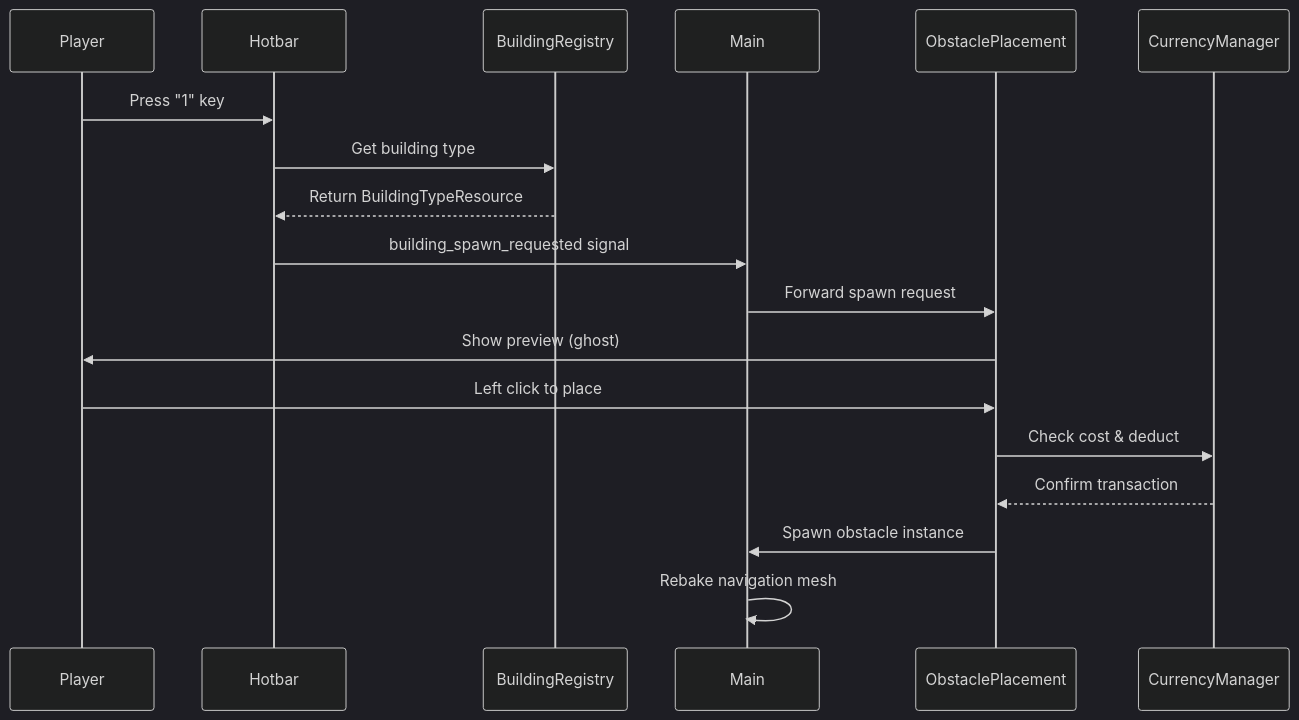
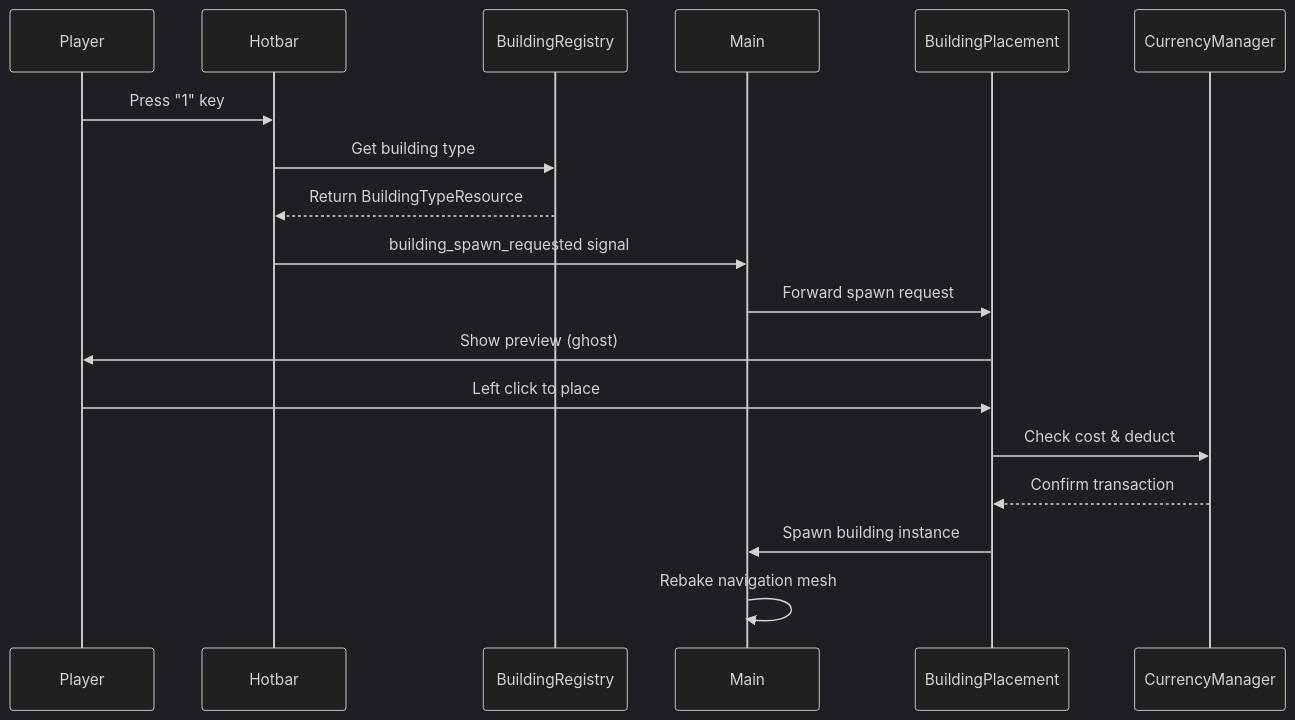
The seventh of 8 diagrams in docs/ARCHITECTURE.md (saebyn/godot-tower-defense), drawn with Mermaid (dark theme) before and after one commit. The commit also changed other lines of this file and 78 other files, not shown here.

````diff
--- a/docs/ARCHITECTURE.md
+++ b/docs/ARCHITECTURE.md
@@ -493,21 +493,21 @@
 ```mermaid
 sequenceDiagram
     participant Player
     participant Hotbar
     participant BuildingRegistry
     participant Main
-    participant ObstaclePlacement
+    participant BuildingPlacement
     participant CurrencyManager
     
     Player->>Hotbar: Press "1" key
     Hotbar->>BuildingRegistry: Get building type
     BuildingRegistry-->>Hotbar: Return BuildingTypeResource
     Hotbar->>Main: building_spawn_requested signal
-    Main->>ObstaclePlacement: Forward spawn request
-    ObstaclePlacement->>Player: Show preview (ghost)
-    Player->>ObstaclePlacement: Left click to place
-    ObstaclePlacement->>CurrencyManager: Check cost & deduct
-    CurrencyManager-->>ObstaclePlacement: Confirm transaction
-    ObstaclePlacement->>Main: Spawn obstacle instance
+    Main->>BuildingPlacement: Forward spawn request
+    BuildingPlacement->>Player: Show preview (ghost)
+    Player->>BuildingPlacement: Left click to place
+    BuildingPlacement->>CurrencyManager: Check cost & deduct
+    CurrencyManager-->>BuildingPlacement: Confirm transaction
+    BuildingPlacement->>Main: Spawn building instance
     Main->>Main: Rebake navigation mesh
 ```
````
